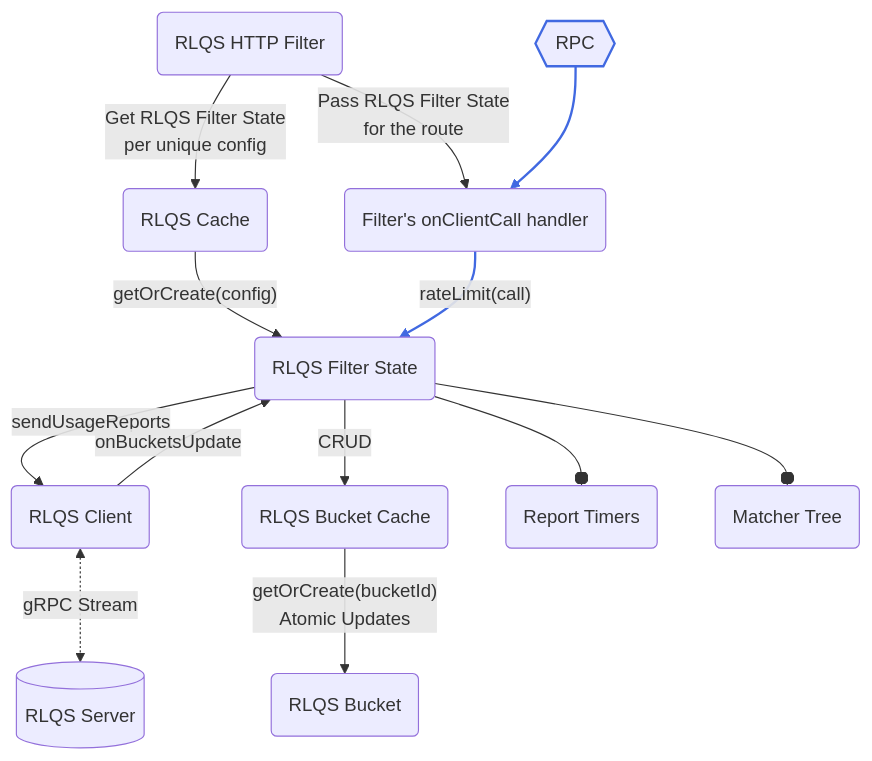
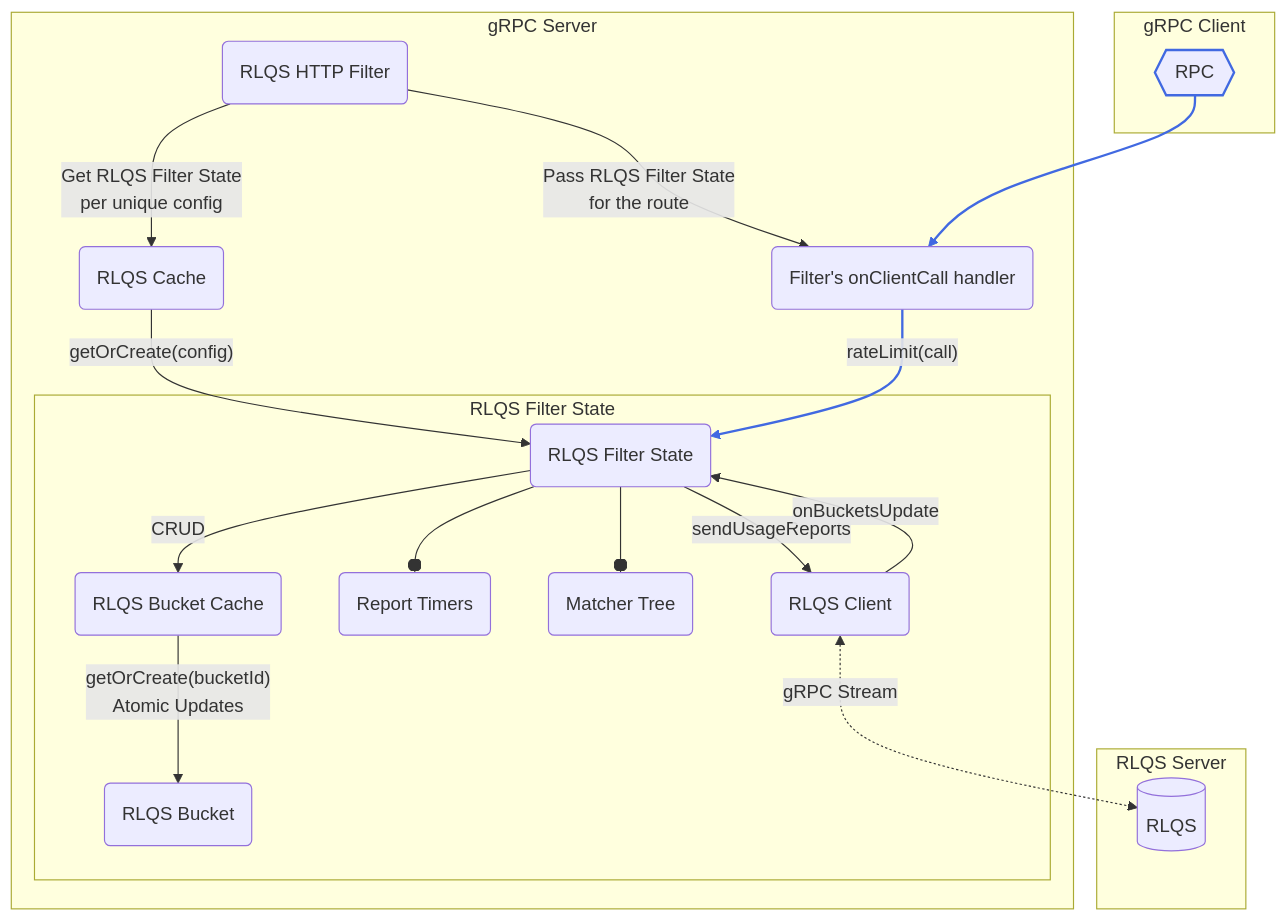
Before and after one commit to grpc/proposal: the first of 2 diagrams in A77-xds-rate-limiting-rlqs.md, drawn with Mermaid.

Commit message:
Add boxes around components in RLQS Components Flowchart

````diff
--- a/A77-xds-rate-limiting-rlqs.md
+++ b/A77-xds-rate-limiting-rlqs.md
@@ -75,29 +75,37 @@
 ```mermaid
 graph TD
-%% RLQS Components Flowchart v7
+%% RLQS Components Flowchart v8
 
 %% == nodes ==
-    rlqs_filter(RLQS HTTP Filter)
-    rlqs_cache(RLQS Cache)
-    rlqs_filter_state(RLQS Filter State)
-    rlqs_client(RLQS Client)
-    rlqs_server[(RLQS Server)]
-    rlqs_bucket_cache(RLQS Bucket Cache)
-    report_timers(Report Timers)
-    matcher_tree(Matcher Tree)
-    rlqs_bucket(RLQS Bucket)
-    rpc_handler("Filter's onClientCall handler")
-    request{{RPC}}
+    subgraph grpc_client_box [gRPC Client]
+        request{{RPC}}
+    end
+    subgraph rlqs_server_box [RLQS Server]
+        rlqs[(RLQS)]
+    end
+    subgraph grpc_server_box [gRPC Server]
+        rlqs_filter(RLQS HTTP Filter)
+        rlqs_cache(RLQS Cache)
+        subgraph rlqs_filter_state_box [RLQS Filter State]
+            rlqs_client(RLQS Client)
+            rlqs_filter_state(RLQS Filter State)
+            report_timers(Report Timers)
+            matcher_tree(Matcher Tree)
+            rlqs_bucket_cache(RLQS Bucket Cache)
+            rlqs_bucket(RLQS Bucket)
+        end
+        rpc_handler("Filter's onClientCall handler")
+    end
 %% == edges ==
     rlqs_filter -- " Get RLQS Filter State<br />per unique config " --> rlqs_cache -- " getOrCreate(config) " --> rlqs_filter_state
     rlqs_filter -- " Pass RLQS Filter State<br />for the route " --> rpc_handler -- " rateLimit(call) " --> rlqs_filter_state
     request --> rpc_handler
     rlqs_filter_state --o matcher_tree & report_timers
     rlqs_filter_state -- sendUsageReports --> rlqs_client
     rlqs_filter_state -- CRUD --> rlqs_bucket_cache
     rlqs_client -- onBucketsUpdate --> rlqs_filter_state
-    rlqs_client <-. gRPC Stream .-> rlqs_server
     rlqs_bucket_cache -- " getOrCreate(bucketId)<br />Atomic Updates " --> rlqs_bucket
+    rlqs_client <-. gRPC Stream .-> rlqs
     style request stroke: RoyalBlue, stroke-width: 2px;
     linkStyle 3,4 stroke: RoyalBlue, stroke-width: 2px;
 ```
````
